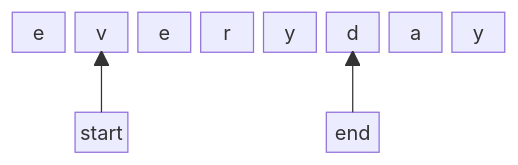
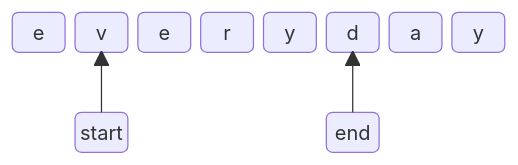
Before and after one commit to wdyjwdy/blog-mono: the third of 4 diagrams in apps/blog/pages/docs/js/string.mdx, drawn with Mermaid. The commit also changed other lines of this file and 21 other files, not shown here.

````diff
--- a/apps/blog/pages/docs/js/string.mdx
+++ b/apps/blog/pages/docs/js/string.mdx
@@ -117,13 +115,12 @@
 ```mermaid
 block-beta
   columns 8
-  a["e"] b["v"] c["e"] d["r"] e["y"] f["d"] g["a"] h["y"]
+  a("e") b("v") c("e") d("r") e("y") f("d") g("a") h("y")
   space:8
-  space A["start"] space space space B["end"]
+  space A("start") space space space B("end")
 A --> b
 B --> f
 
 class b,c,d,e Red
-class a,f,g,h White
 class A,B Text
 ```
````
